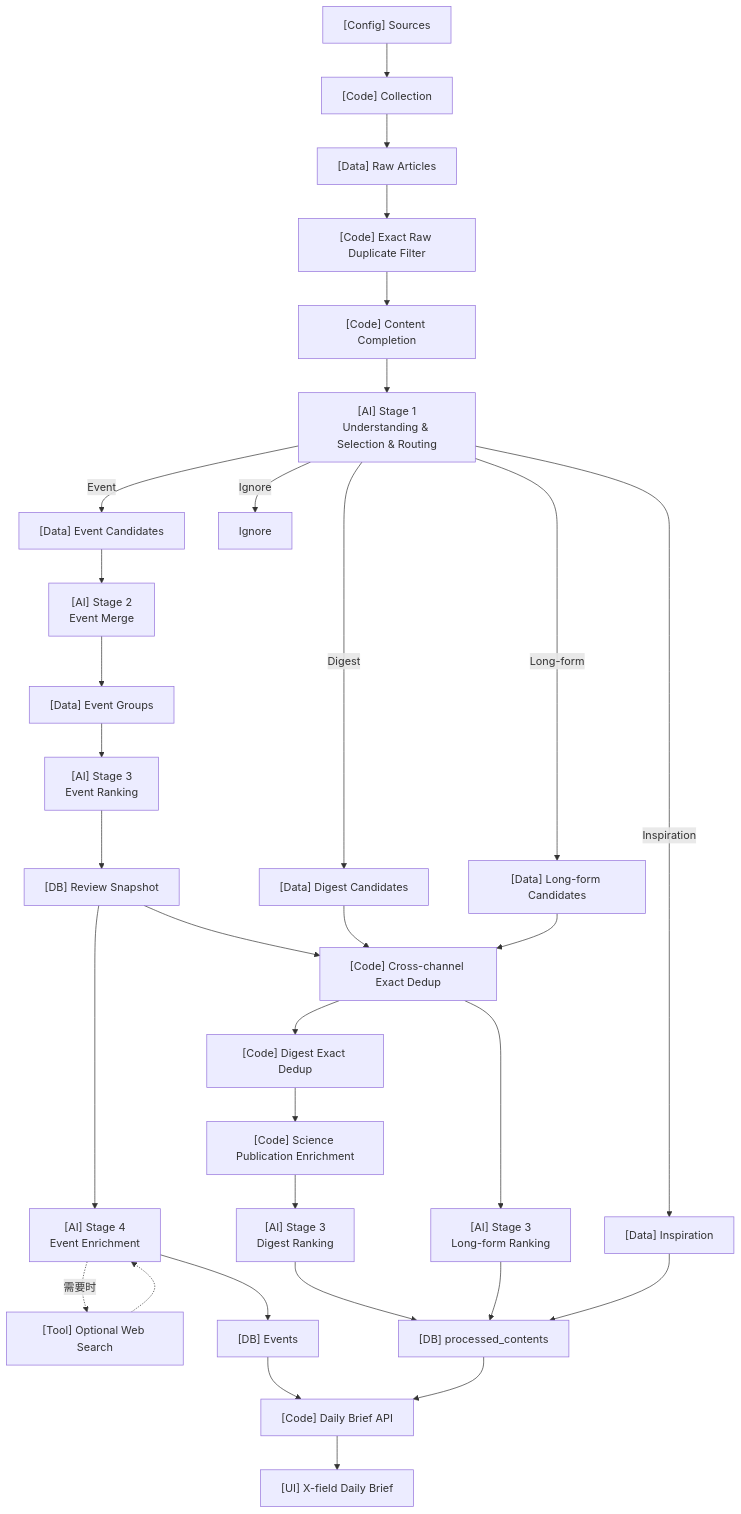
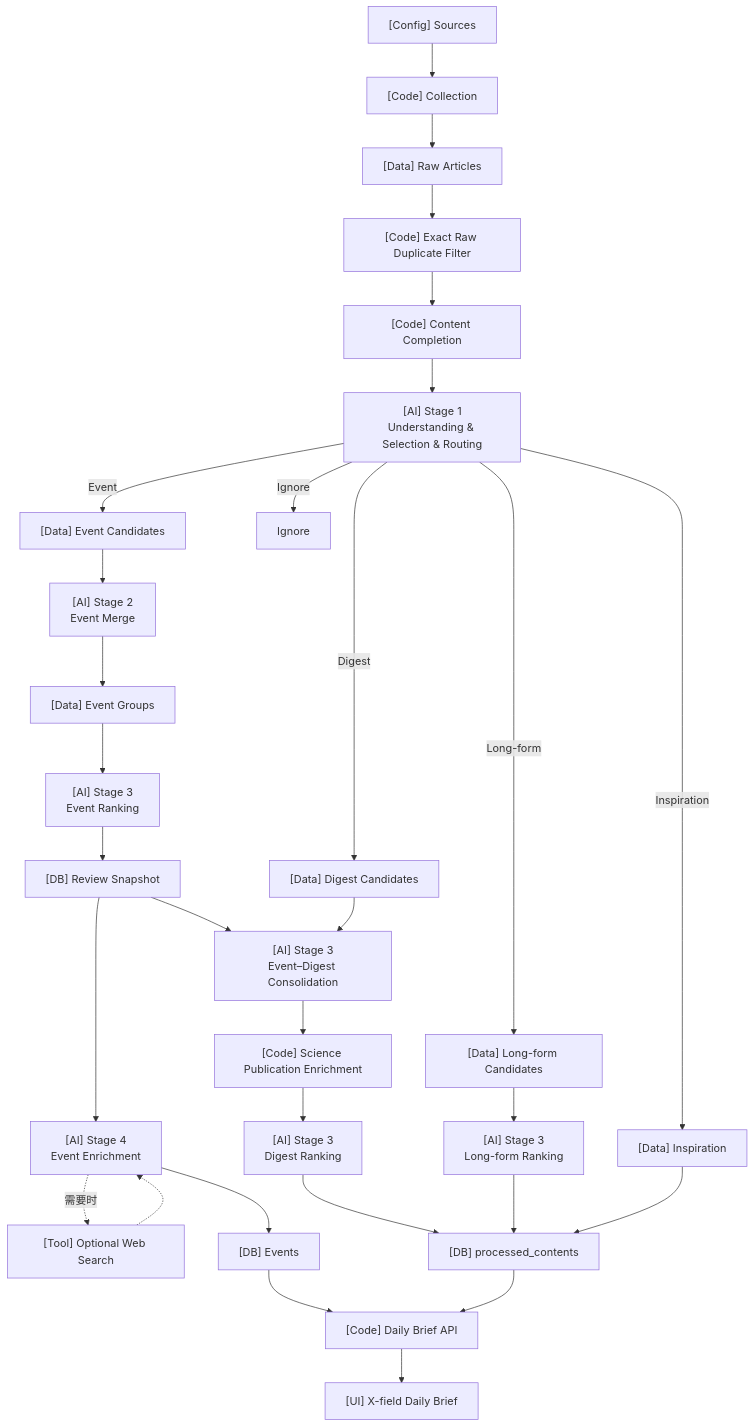
One commit to QHYK/X-AI changed the second of 6 diagrams in docs/02-workflow-overview.md. Above: the diagram before and after it, drawn with Mermaid. The commit also changed 68 other files, not shown here.

Commit message:
feat： 1. RSS Collector 增加 Gmail 抓取支持 2. RSS Collector 增加 Image Enrichment MVP，将网页封面图片补全 3. Daily brief API 增加 contentLength 字段 4. Stage 3 Consolidation 与 Pipeline Runs 可观测性改造：删除 Stage 3 的两层 Exact Dedup；新增按 Digest 分类执行的 Consolidation。完成开发，待验证

````diff
--- a/docs/02-workflow-overview.md
+++ b/docs/02-workflow-overview.md
@@ -42,51 +42,48 @@
 ```mermaid
 flowchart TD
     S["[Config] Sources"]
     C["[Code] Collection"]
     R["[Data] Raw Articles"]
     RD["[Code] Exact Raw Duplicate Filter"]
     CC["[Code] Content Completion"]
     S1["[AI] Stage 1<br/>Understanding & Selection & Routing"]
 
     S1 -->|Event| EC["[Data] Event Candidates"]
     S1 -->|Digest| D["[Data] Digest Candidates"]
     S1 -->|Long-form| L["[Data] Long-form Candidates"]
     S1 -->|Inspiration| I["[Data] Inspiration"]
     S1 -->|Ignore| X["Ignore"]
 
     S2["[AI] Stage 2<br/>Event Merge"]
     EG["[Data] Event Groups"]
     ER["[AI] Stage 3<br/>Event Ranking"]
     RS["[DB] Review Snapshot"]
     S4["[AI] Stage 4<br/>Event Enrichment"]
     WS["[Tool] Optional Web Search"]
     EDB["[DB] Events"]
 
-    XD["[Code] Cross-channel Exact Dedup"]
-    DD["[Code] Digest Exact Dedup"]
+    CONS["[AI] Stage 3<br/>Event–Digest Consolidation"]
     SE["[Code] Science Publication Enrichment"]
     DR["[AI] Stage 3<br/>Digest Ranking"]
     LR["[AI] Stage 3<br/>Long-form Ranking"]
     PDB["[DB] processed_contents"]
 
     API["[Code] Daily Brief API"]
     UI["[UI] X-field Daily Brief"]
 
     S --> C --> R --> RD --> CC --> S1
 
     EC --> S2 --> EG --> ER --> RS --> S4 --> EDB
     S4 -. "需要时" .-> WS
     WS -.-> S4
 
-    RS --> XD
-    D --> XD
-    L --> XD
-
-    XD --> DD --> SE --> DR --> PDB
-    XD --> LR --> PDB
+    RS --> CONS
+    D --> CONS
+    CONS --> SE --> DR --> PDB
+    L --> LR --> PDB
     I --> PDB
 
     EDB --> API
     PDB --> API
     API --> UI
 ```
````
